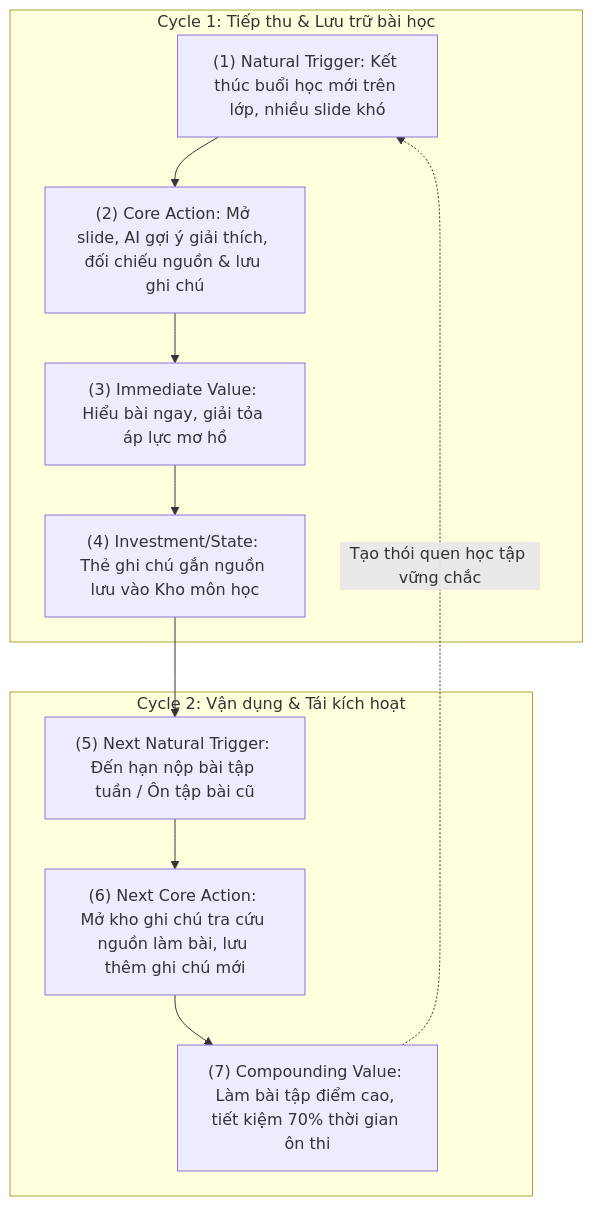
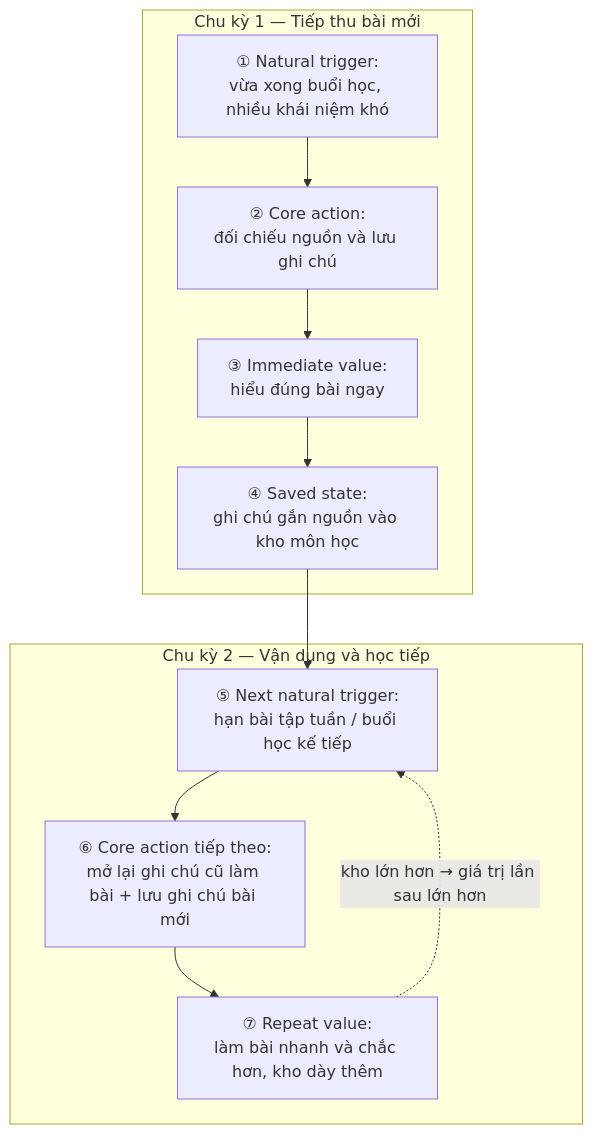
One commit to nguyenbien8/Track1_Day20_2A202602416_NguyenVanBien changed the diagram in README.md. Above: the diagram before and after it, drawn with Mermaid. The commit also changed other lines of this file and 1 other file, not shown here.

````diff
--- a/README.md
+++ b/README.md
@@ -189,18 +191,16 @@
 ```mermaid
-graph TD
-    subgraph Cycle 1: Tiếp thu & Lưu trữ bài học
-        T1["(1) Natural Trigger: Kết thúc buổi học mới trên lớp, nhiều slide khó"]
-        A1["(2) Core Action: Mở slide, AI gợi ý giải thích, đối chiếu nguồn & lưu ghi chú"]
-        V1["(3) Immediate Value: Hiểu bài ngay, giải tỏa áp lực mơ hồ"]
-        S1["(4) Investment/State: Thẻ ghi chú gắn nguồn lưu vào Kho môn học"]
+flowchart TD
+    subgraph C1["Chu kỳ 1 — Tiếp thu bài mới"]
+        T1["① Natural trigger:<br/>vừa xong buổi học, nhiều khái niệm khó"]
+        A1["② Core action:<br/>đối chiếu nguồn và lưu ghi chú"]
+        V1["③ Immediate value:<br/>hiểu đúng bài ngay"]
+        S1["④ Saved state:<br/>ghi chú gắn nguồn vào kho môn học"]
     end
-
-    subgraph Cycle 2: Vận dụng & Tái kích hoạt
-        T2["(5) Next Natural Trigger: Đến hạn nộp bài tập tuần / Ôn tập bài cũ"]
-        A2["(6) Next Core Action: Mở kho ghi chú tra cứu nguồn làm bài, lưu thêm ghi chú mới"]
-        V2["(7) Compounding Value: Làm bài tập điểm cao, tiết kiệm 70% thời gian ôn thi"]
+    subgraph C2["Chu kỳ 2 — Vận dụng và học tiếp"]
+        T2["⑤ Next natural trigger:<br/>hạn bài tập tuần / buổi học kế tiếp"]
+        A2["⑥ Core action tiếp theo:<br/>mở lại ghi chú cũ làm bài + lưu ghi chú bài mới"]
+        V2["⑦ Repeat value:<br/>làm bài nhanh và chắc hơn, kho dày thêm"]
     end
-
     T1 --> A1 --> V1 --> S1 --> T2 --> A2 --> V2
-    V2 -.->|"Tạo thói quen học tập vững chắc"| T1
+    V2 -. "kho lớn hơn → giá trị lần sau lớn hơn" .-> T2
 ```
````
